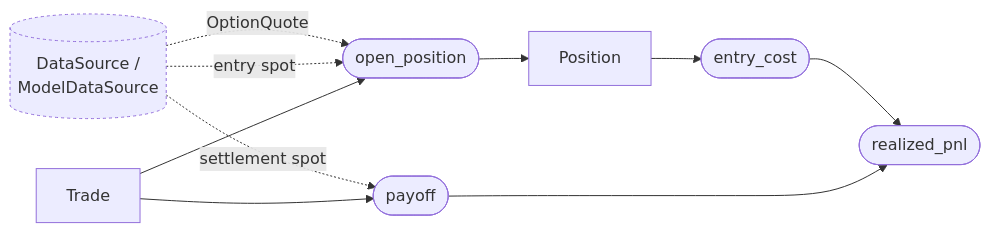
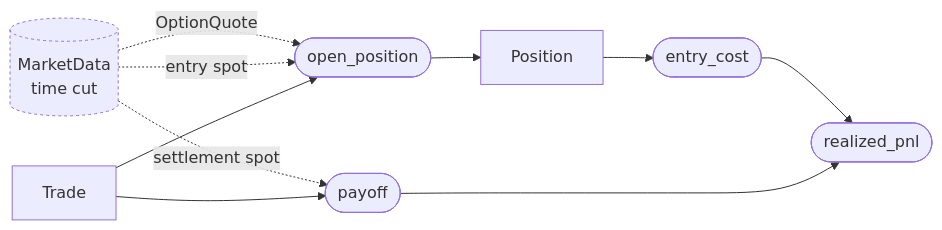
One commit to aleCombi/VolSurfaceAnalysis.jl changed the diagram in docs/modules/positions.md. Above: the diagram before and after it, drawn with Mermaid. The commit also changed other lines of this file and 27 other files, not shown here.

````diff
--- a/docs/modules/positions.md
+++ b/docs/modules/positions.md
@@ -12,18 +12,18 @@
 ```mermaid
 flowchart LR
-    DS[(DataSource /<br/>ModelDataSource)]:::ext
+    DS[(MarketData<br/>time cut)]:::ext
     DS -. OptionQuote .-> OP
     DS -. entry spot .-> OP
     DS -. settlement spot .-> PAY
 
     T[Trade] --> OP([open_position])
     OP --> P[Position]
 
     P --> EC([entry_cost])
     T --> PAY([payoff])
 
     EC --> PNL([realized_pnl])
     PAY --> PNL
 
     classDef ext stroke-dasharray:3 3
 ```
````
